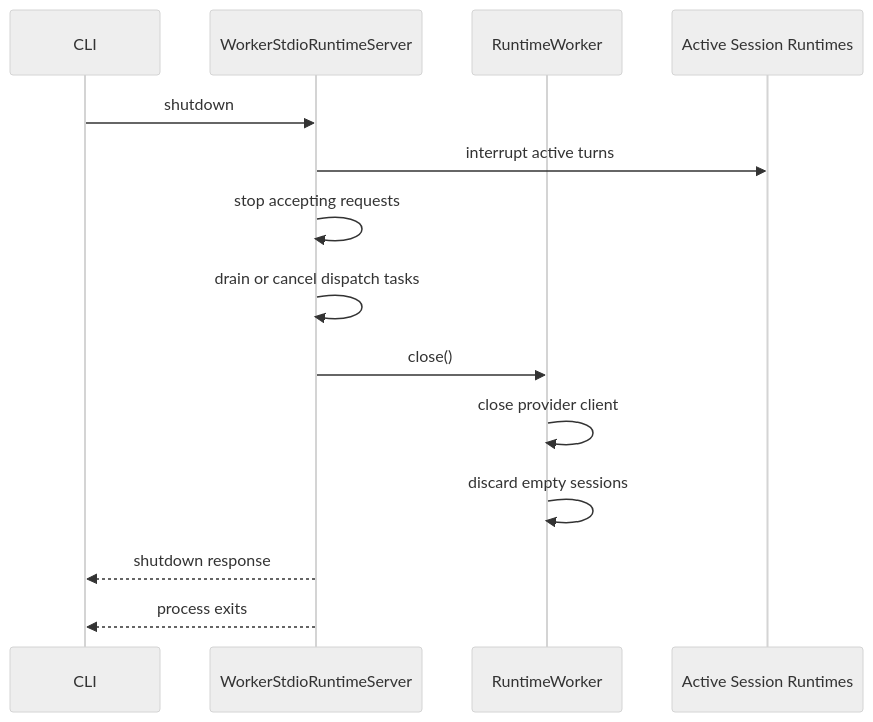
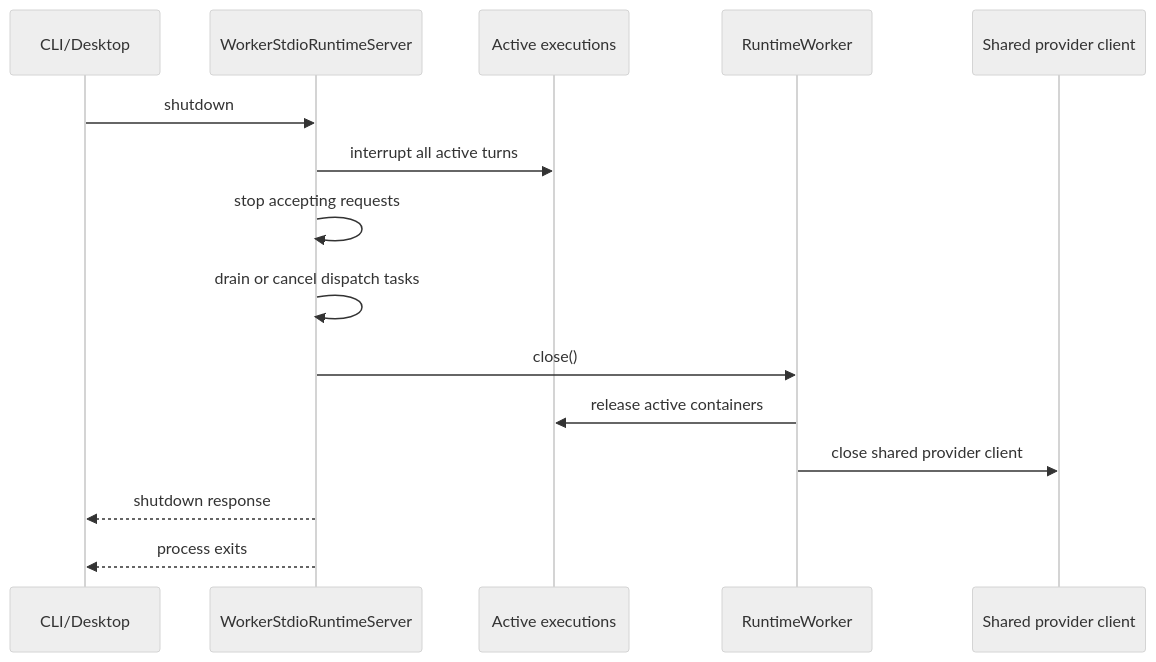
The eighth of 8 diagrams in docs/cli-turn-flow.md (Azzurroooo/rind), drawn with Mermaid (neutral theme) before and after one commit. The commit also changed other lines of this file and 4 other files, not shown here.

````diff
--- a/docs/cli-turn-flow.md
+++ b/docs/cli-turn-flow.md
@@ -260,17 +327,18 @@
 ```mermaid
 sequenceDiagram
-    participant C as CLI
+    participant C as CLI/Desktop
     participant S as WorkerStdioRuntimeServer
+    participant E as Active executions
     participant W as RuntimeWorker
-    participant A as Active Session Runtimes
+    participant P as Shared provider client
 
     C->>S: shutdown
-    S->>A: interrupt active turns
+    S->>E: interrupt all active turns
     S->>S: stop accepting requests
     S->>S: drain or cancel dispatch tasks
     S->>W: close()
-    W->>W: close provider client
-    W->>W: discard empty sessions
+    W->>E: release active containers
+    W->>P: close shared provider client
     S-->>C: shutdown response
     S-->>C: process exits
 ```
````
